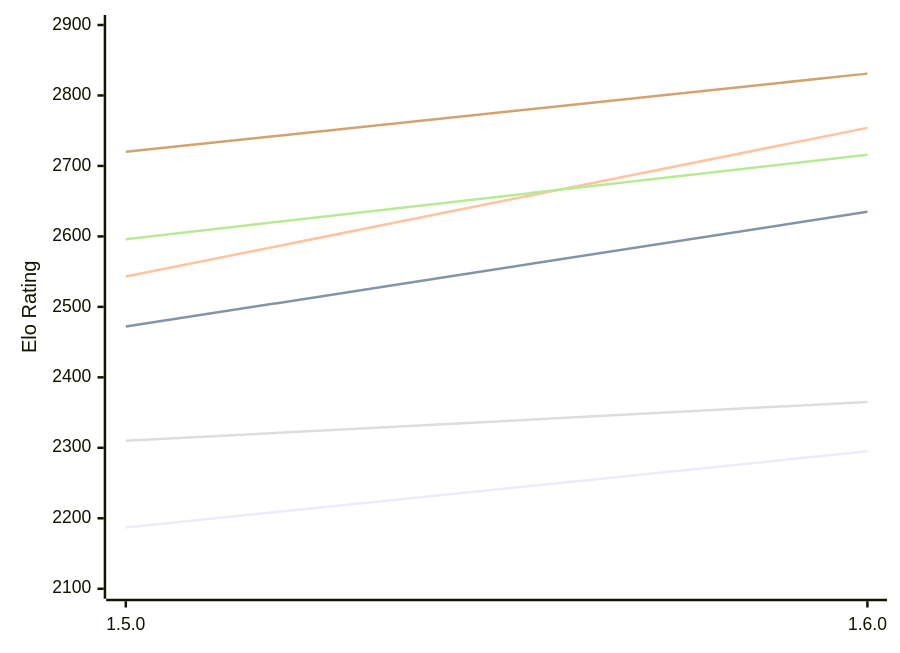
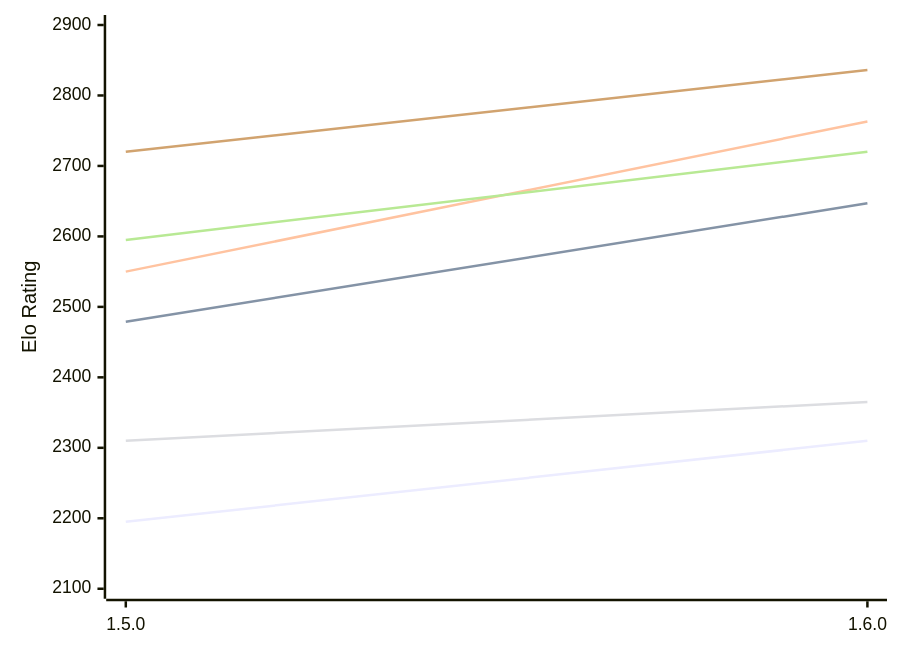
One commit to computer-chess-index/cci changed the first of 2 diagrams in engines/Tofiks.md. Above: the diagram before and after it, drawn with Mermaid. The commit also changed other lines of this file, not shown here.

Commit message:
Update CCI Ratings (ELO VLTC) - 2026-11-07

````diff
--- a/engines/Tofiks.md
+++ b/engines/Tofiks.md
@@ -51,12 +51,12 @@
 ```mermaid
 %%{init: {"theme":"base","themeVariables":{"seriesColors:['#a3a3a3','#222221','#faa371']}}}%%
 xychart-beta
   x-axis ["1.5.0", "1.6.0"]
   y-axis "Elo Rating" 2100 --> 2900
-  line "E1: STC (8.0+0.08s)" [2187, 2295]
-  line "E1: LTC (60.0+0.60s)" [2472, 2635]
-  line "E1: VLTC (2m24s+1.12s)" [2543, 2754]
+  line "E1: STC (8.0+0.08s)" [2195, 2310]
+  line "E1: LTC (60.0+0.60s)" [2479, 2647]
+  line "E1: VLTC (2m24s+1.12s)" [2550, 2763]
   line "P1: STC (8.0+0.08s)" [2310, 2365]
-  line "P1: LTC (60.0+0.60s)" [2596, 2716]
-  line "P1: VLTC (2m24s+1.12s)" [2720, 2831]
+  line "P1: LTC (60.0+0.60s)" [2595, 2720]
+  line "P1: VLTC (2m24s+1.12s)" [2720, 2836]
 ```
````
